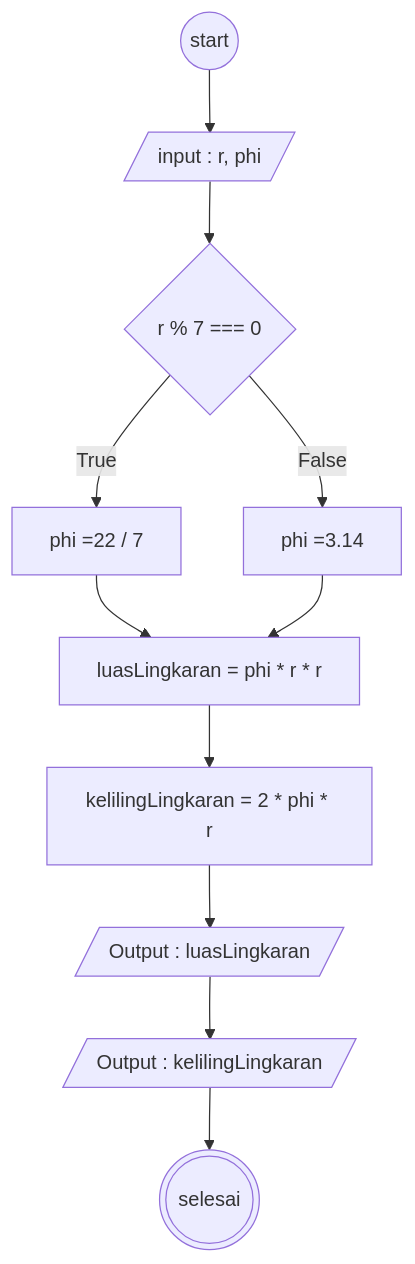
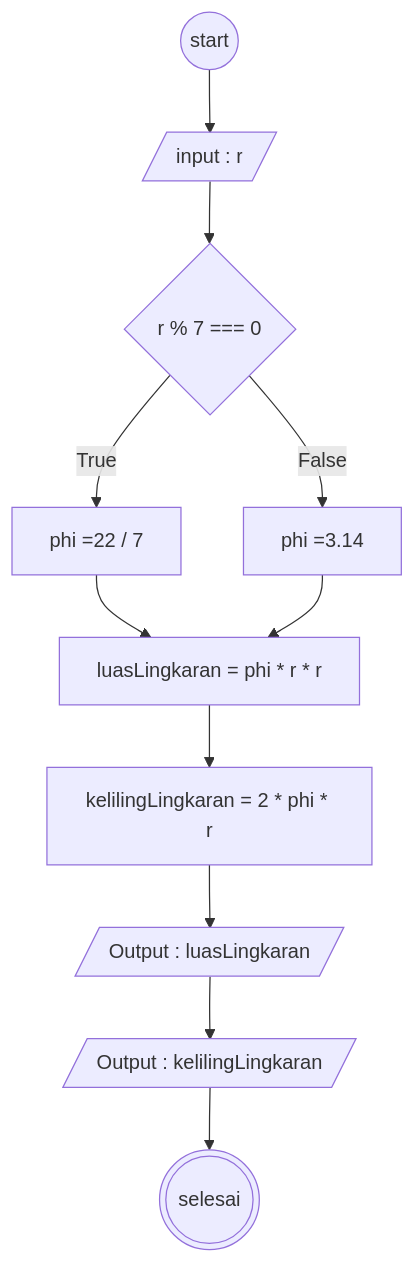
The diagram in README.md (adityabastyas/koda-b6-javascript1), drawn with Mermaid before and after one commit. The commit also changed other lines of this file, not shown here.

Commit message:
Fix formatting issues in README.md

````diff
--- a/README.md
+++ b/README.md
@@ -7,27 +7,27 @@
 ```mermaid
 flowchart TD
 
   A@{shape: circle, label: "start"}
-  B@{shape: lean-r, label: "input : r, phi"}
+  B@{shape: lean-r, label: "input : r"}
   C@{shape: diamond, label: "r % 7 === 0"}
   D@{shape: rect, label: "phi =22 / 7"}
   E@{shape: rect, label: "phi =3.14"}
   F@{shape: rect, label: "luasLingkaran = phi * r * r"}
   G@{shape: rect, label: "kelilingLingkaran = 2 * phi * r"}
   H@{shape: lean-r, label: "Output : luasLingkaran"}
   I@{shape: lean-r, label: "Output : kelilingLingkaran"}
 
  J@{shape: dbl-circ, label: "selesai"}
 
   A --> B
   B --> C
   C --True--> D
   C --False--> E
   D --> F
   E --> F
   F --> G
   G --> H
   H --> I
   I --> J
 
 ```
````
